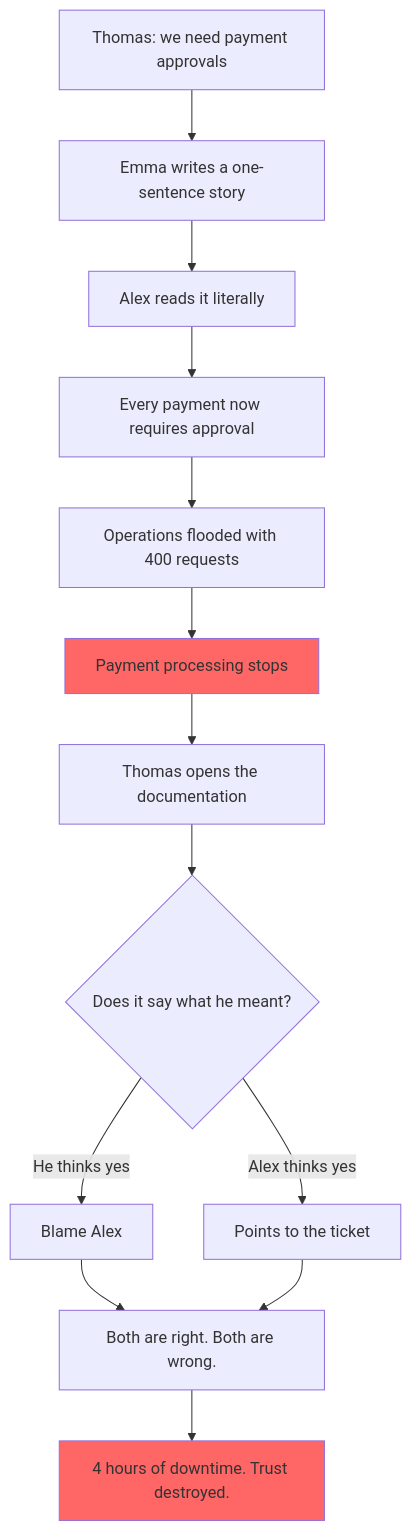
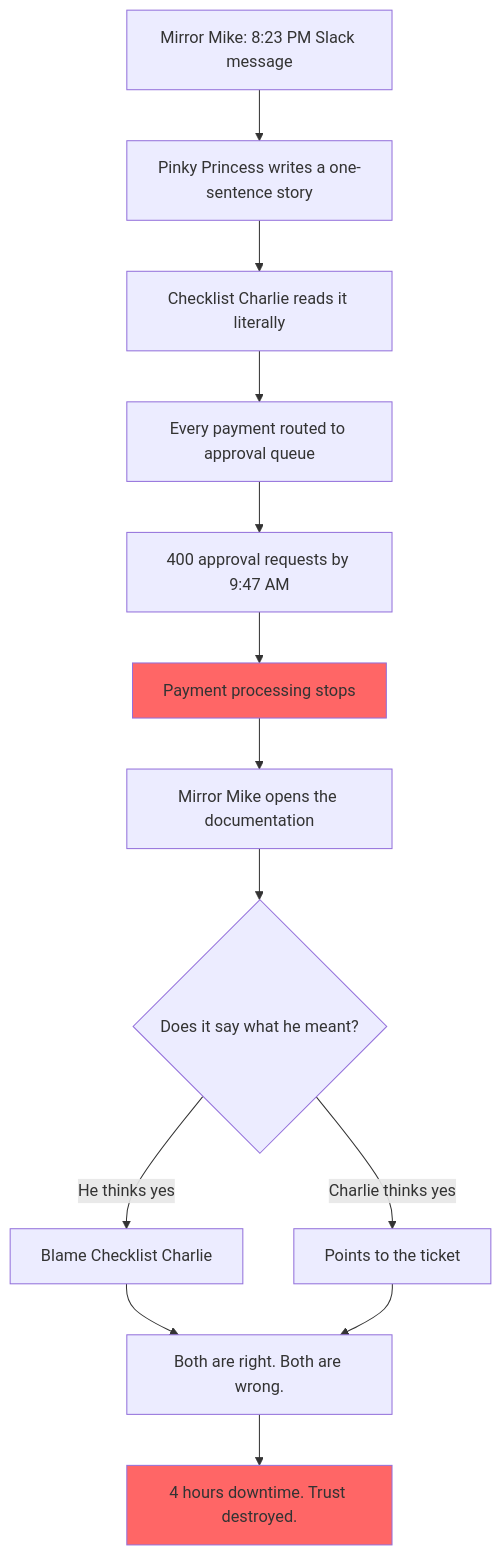
One commit to truedoctales/truedoctales-4j changed the diagram in fairy-doc-tales/02_mirror-stakeholder/00_intro.md. Above: the diagram before and after it, drawn with Mermaid. The commit also changed other lines of this file and 3 other files, not shown here.

````diff
--- a/fairy-doc-tales/02_mirror-stakeholder/00_intro.md
+++ b/fairy-doc-tales/02_mirror-stakeholder/00_intro.md
@@ -34,17 +47,17 @@
 ```mermaid
 graph TD
-    A[Thomas: we need payment approvals] --> B[Emma writes a one-sentence story]
-    B --> C[Alex reads it literally]
-    C --> D[Every payment now requires approval]
-    D --> E[Operations flooded with 400 requests]
+    A[Mirror Mike: 8:23 PM Slack message] --> B[Pinky Princess writes a one-sentence story]
+    B --> C[Checklist Charlie reads it literally]
+    C --> D[Every payment routed to approval queue]
+    D --> E[400 approval requests by 9:47 AM]
     E --> F[Payment processing stops]
-    F --> G[Thomas opens the documentation]
+    F --> G[Mirror Mike opens the documentation]
     G --> H{Does it say what he meant?}
-    H -->|He thinks yes| I[Blame Alex]
-    H -->|Alex thinks yes| J[Points to the ticket]
+    H -->|He thinks yes| I[Blame Checklist Charlie]
+    H -->|Charlie thinks yes| J[Points to the ticket]
     I --> K[Both are right. Both are wrong.]
     J --> K
-    K --> L[4 hours of downtime. Trust destroyed.]
+    K --> L[4 hours downtime. Trust destroyed.]
     style F fill:#f66
     style L fill:#f66
 ```
````
